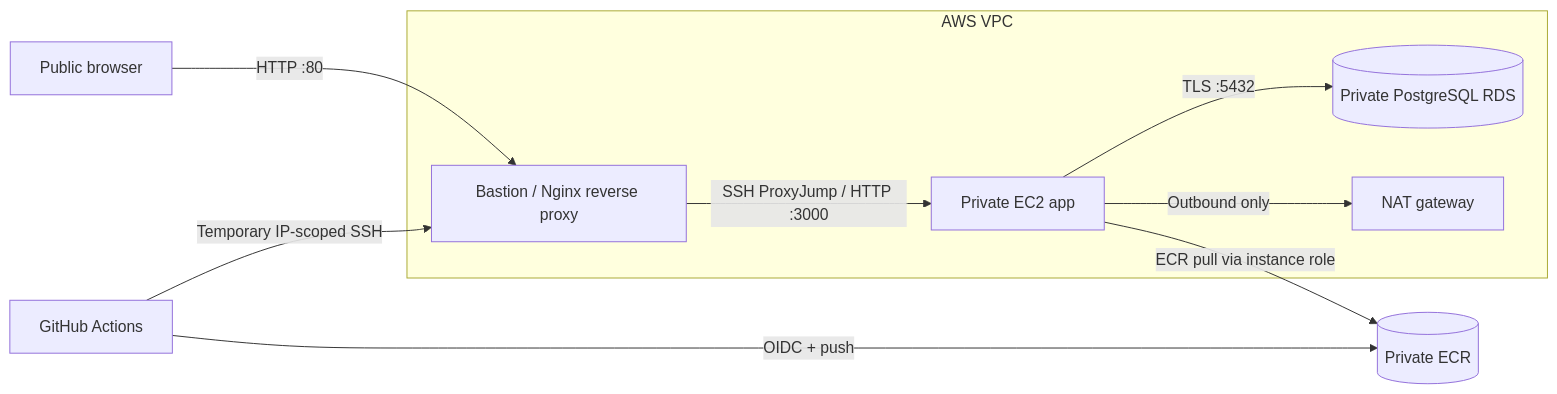
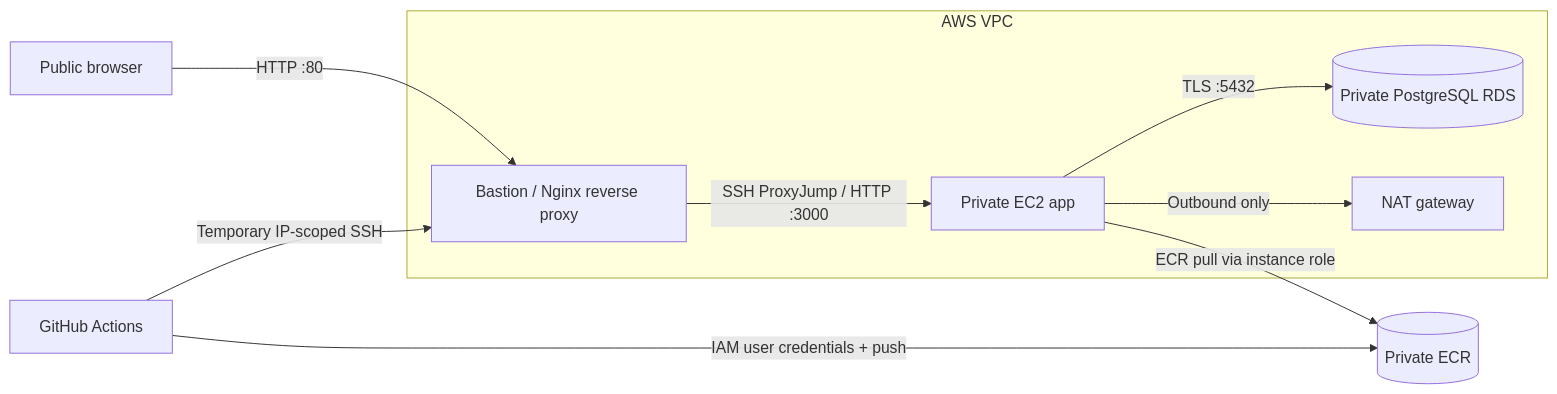
Before and after one commit to Ibrahim-Iradukunda/IkiminaPay: the diagram in README.md, drawn with Mermaid. The commit also changed other lines of this file and 3 other files, not shown here.

Commit message:
Use deployment user credentials for AWS CD

````diff
--- a/README.md
+++ b/README.md
@@ -180,16 +180,16 @@
 ```mermaid
 flowchart LR
     User[Public browser] -->|HTTP :80| Bastion[Bastion / Nginx reverse proxy]
     Runner[GitHub Actions] -->|Temporary IP-scoped SSH| Bastion
-    Runner -->|OIDC + push| ECR[(Private ECR)]
+    Runner -->|IAM user credentials + push| ECR[(Private ECR)]
     Bastion -->|SSH ProxyJump / HTTP :3000| App[Private EC2 app]
     App -->|ECR pull via instance role| ECR
     App -->|TLS :5432| RDS[(Private PostgreSQL RDS)]
     subgraph VPC[AWS VPC]
       Bastion
       App
       RDS
       NAT[NAT gateway]
       App -->|Outbound only| NAT
     end
 ```
````
